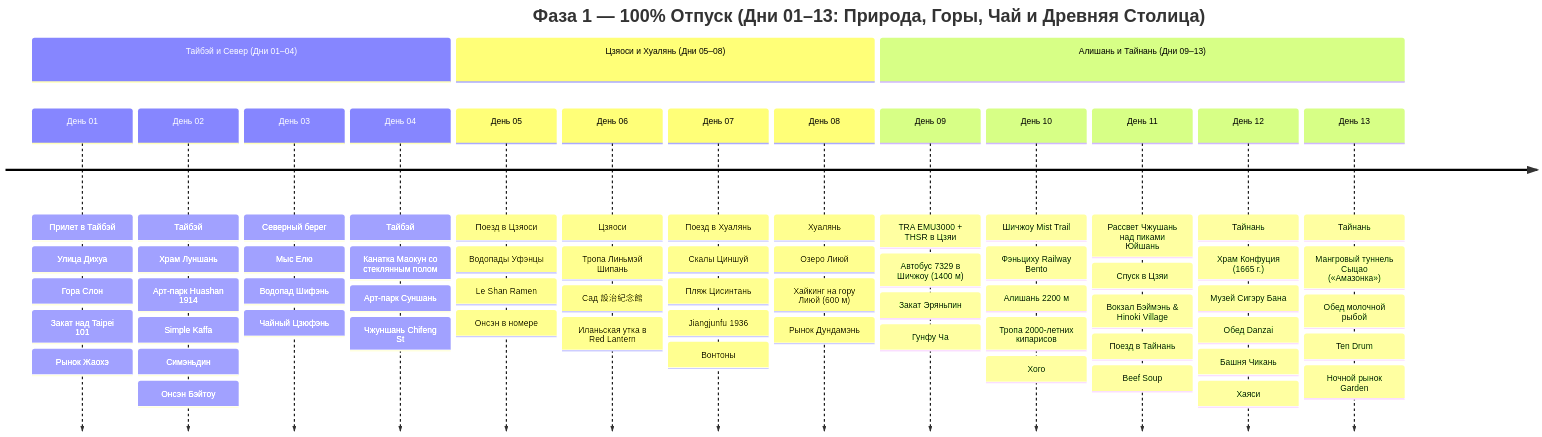
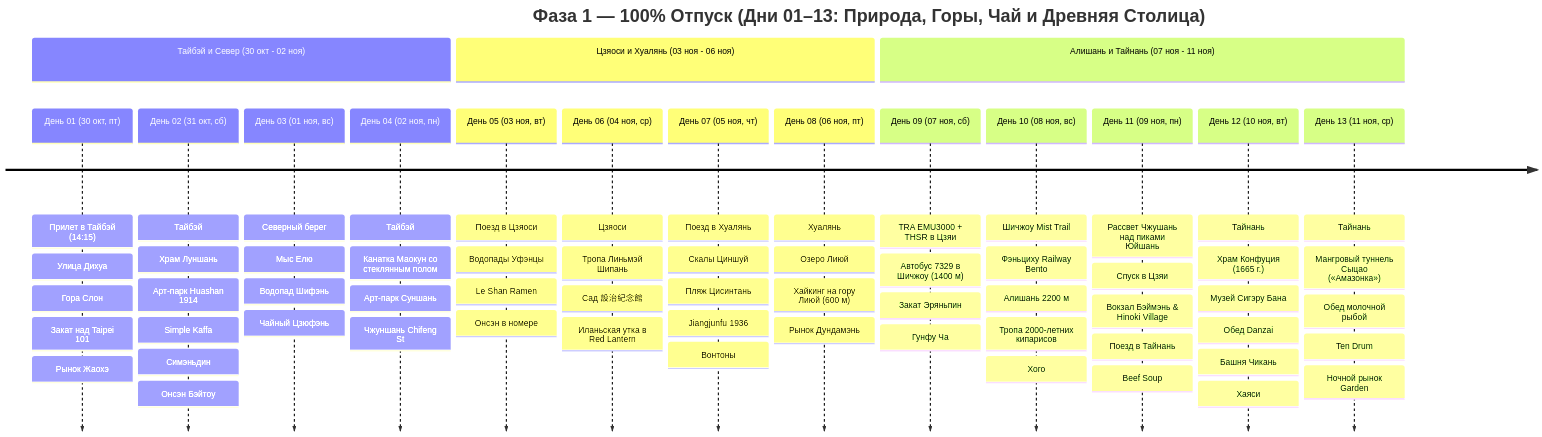
One commit to injurka/obsidian-mark changed the first of 2 diagrams in Personal Note/Travel/-- Taiwan/Taiwan.md. Above: the diagram before and after it, drawn with Mermaid. The commit also changed other lines of this file and 143 other files, not shown here.

````diff
--- a/Personal Note/Travel/-- Taiwan/Taiwan.md
+++ b/Personal Note/Travel/-- Taiwan/Taiwan.md
@@ -16,20 +16,20 @@
 ```mermaid
 timeline
     title Фаза 1 — 100% Отпуск (Дни 01–13: Природа, Горы, Чай и Древняя Столица)
-    section Тайбэй и Север (Дни 01–04)
-        День 01 : Прилет в Тайбэй : Улица Дихуа : Гора Слон : Закат над Taipei 101 : Рынок Жаохэ
-        День 02 : Тайбэй : Храм Луншань : Арт-парк Huashan 1914 : Simple Kaffa : Симэньдин : Онсэн Бэйтоу
-        День 03 : Северный берег : Мыс Елю : Водопад Шифэнь : Чайный Цзюфэнь
-        День 04 : Тайбэй : Канатка Маокун со стеклянным полом : Арт-парк Суншань : Чжуншань Chifeng St
-    section Цзяоси и Хуалянь (Дни 05–08)
-        День 05 : Поезд в Цзяоси : Водопады Уфэнцы : Le Shan Ramen : Онсэн в номере
-        День 06 : Цзяоси : Тропа Линьмэй Шипань : Сад 設治紀念館 : Иланьская утка в Red Lantern
-        День 07 : Поезд в Хуалянь : Скалы Циншуй : Пляж Цисинтань : Jiangjunfu 1936 : Вонтоны
-        День 08 : Хуалянь : Озеро Лиюй : Хайкинг на гору Лиюй (600 м) : Рынок Дундамэнь
-    section Алишань и Тайнань (Дни 09–13)
-        День 09 : TRA EMU3000 + THSR в Цзяи : Автобус 7329 в Шичжоу (1400 м) : Закат Эряньпин : Гунфу Ча
-        День 10 : Шичжоу Mist Trail : Фэньциху Railway Bento : Алишань 2200 м : Тропа 2000-летних кипарисов : Хого
-        День 11 : Рассвет Чжушань над пиками Юйшань : Спуск в Цзяи : Вокзал Бэймэнь & Hinoki Village : Поезд в Тайнань : Beef Soup
-        День 12 : Тайнань : Храм Конфуция (1665 г.) : Музей Сигэру Бана : Обед Danzai : Башня Чикань : Хаяси
-        День 13 : Тайнань : Мангровый туннель Сыцао («Амазонка») : Обед молочной рыбой : Ten Drum : Ночной рынок Garden
+    section Тайбэй и Север (30 окт - 02 ноя)
+        День 01 (30 окт, пт) : Прилет в Тайбэй (14:15) : Улица Дихуа : Гора Слон : Закат над Taipei 101 : Рынок Жаохэ
+        День 02 (31 окт, сб) : Тайбэй : Храм Луншань : Арт-парк Huashan 1914 : Simple Kaffa : Симэньдин : Онсэн Бэйтоу
+        День 03 (01 ноя, вс) : Северный берег : Мыс Елю : Водопад Шифэнь : Чайный Цзюфэнь
+        День 04 (02 ноя, пн) : Тайбэй : Канатка Маокун со стеклянным полом : Арт-парк Суншань : Чжуншань Chifeng St
+    section Цзяоси и Хуалянь (03 ноя - 06 ноя)
+        День 05 (03 ноя, вт) : Поезд в Цзяоси : Водопады Уфэнцы : Le Shan Ramen : Онсэн в номере
+        День 06 (04 ноя, ср) : Цзяоси : Тропа Линьмэй Шипань : Сад 設治紀念館 : Иланьская утка в Red Lantern
+        День 07 (05 ноя, чт) : Поезд в Хуалянь : Скалы Циншуй : Пляж Цисинтань : Jiangjunfu 1936 : Вонтоны
+        День 08 (06 ноя, пт) : Хуалянь : Озеро Лиюй : Хайкинг на гору Лиюй (600 м) : Рынок Дундамэнь
+    section Алишань и Тайнань (07 ноя - 11 ноя)
+        День 09 (07 ноя, сб) : TRA EMU3000 + THSR в Цзяи : Автобус 7329 в Шичжоу (1400 м) : Закат Эряньпин : Гунфу Ча
+        День 10 (08 ноя, вс) : Шичжоу Mist Trail : Фэньциху Railway Bento : Алишань 2200 м : Тропа 2000-летних кипарисов : Хого
+        День 11 (09 ноя, пн) : Рассвет Чжушань над пиками Юйшань : Спуск в Цзяи : Вокзал Бэймэнь & Hinoki Village : Поезд в Тайнань : Beef Soup
+        День 12 (10 ноя, вт) : Тайнань : Храм Конфуция (1665 г.) : Музей Сигэру Бана : Обед Danzai : Башня Чикань : Хаяси
+        День 13 (11 ноя, ср) : Тайнань : Мангровый туннель Сыцао («Амазонка») : Обед молочной рыбой : Ten Drum : Ночной рынок Garden
 ```
````
